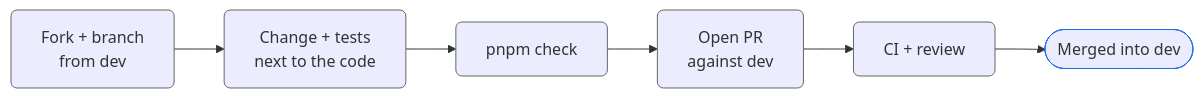
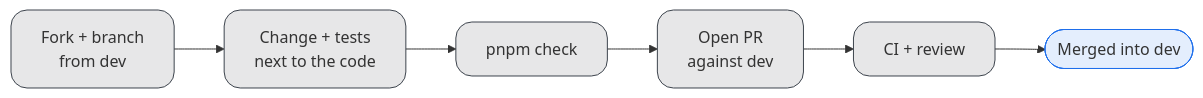
Before and after one commit to nykonhrytsyshyn/rhumb: the diagram in CONTRIBUTING.md, drawn with Mermaid. The commit also changed 4 other files, not shown here.

Commit message:
[ci-skip] Update diagram styles in documentation

````diff
--- a/CONTRIBUTING.md
+++ b/CONTRIBUTING.md
@@ -54,15 +54,14 @@
 ```mermaid
 flowchart LR
   A["Fork + branch<br/>from dev"] --> B["Change + tests<br/>next to the code"]
   B --> C["pnpm check"]
   C --> D["Open PR<br/>against dev"]
   D --> E["CI + review"]
   E --> F(["Merged into dev"])
 
-  classDef step stroke:#666, rx:6, ry:6
-  classDef bad  stroke:#a33
-  classDef good stroke:#1f6feb
+  classDef step filter:none, fill:#39363f1e, stroke:#3d444d, rx:16, ry:16
+  classDef good filter:none, fill:#1f6feb1e, stroke:#1f6feb
 
   class A,B,C,D,E step
   class F good
 ```
````
